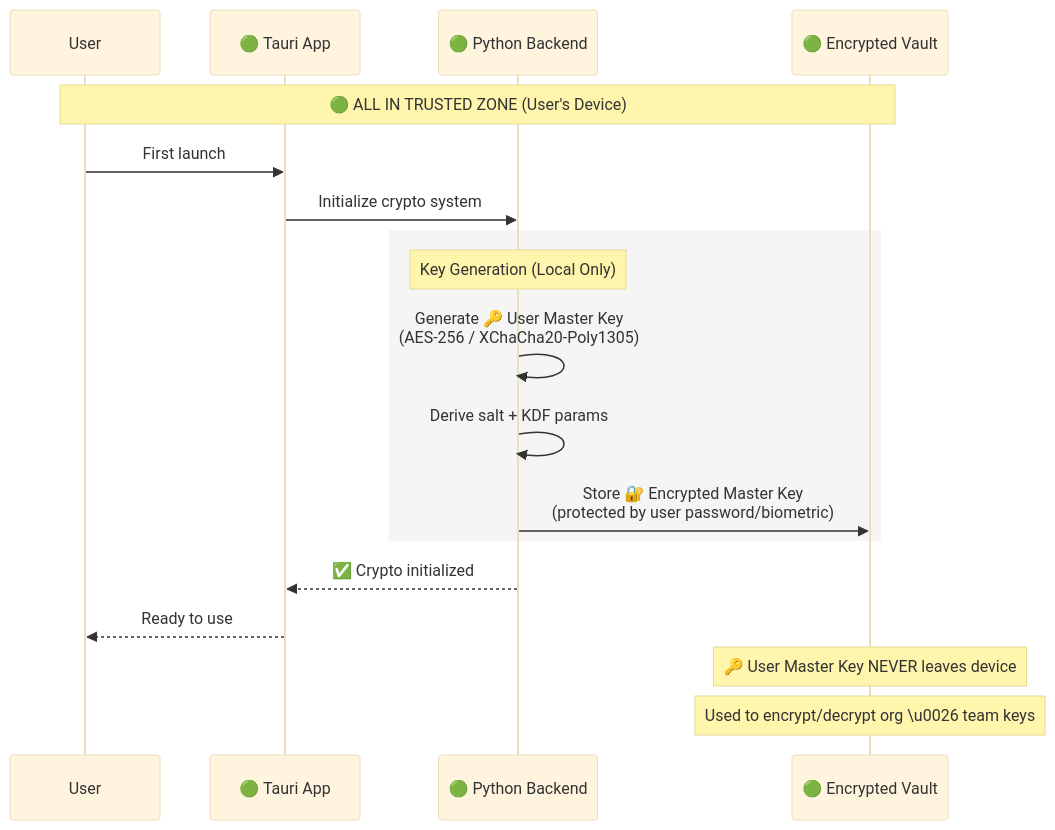
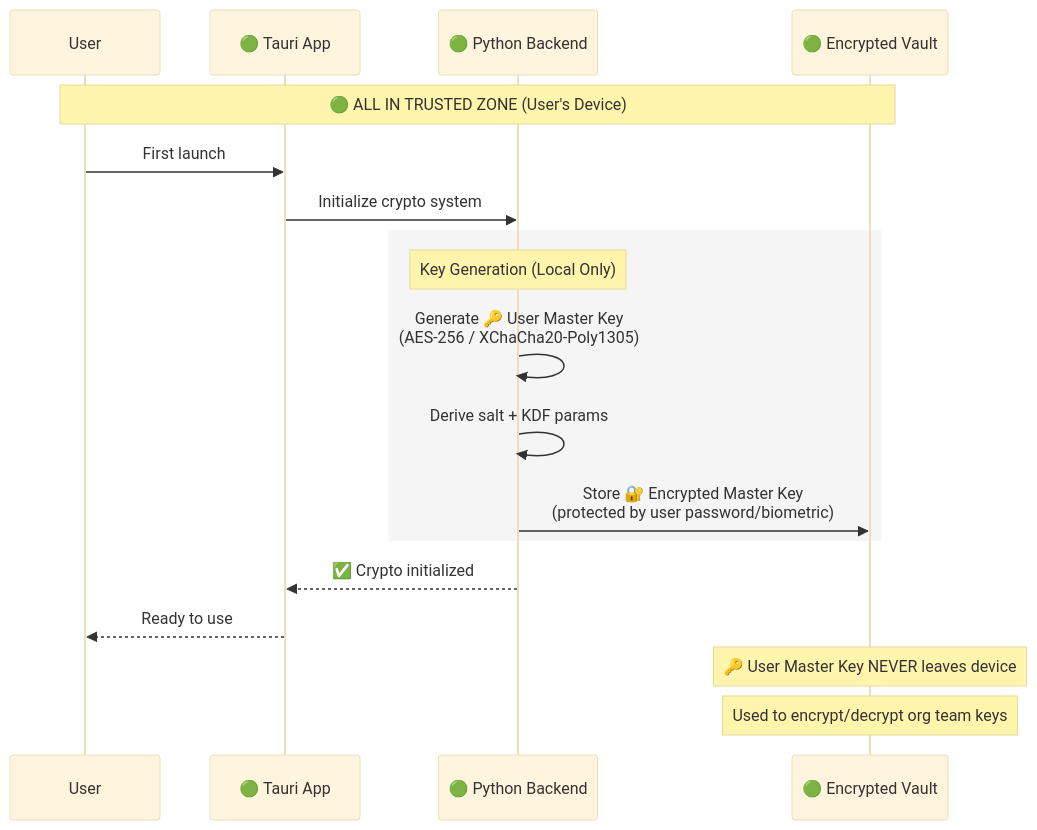
One commit to getagencyapp/docs changed the second of 11 diagrams in 07a. Security Flow Diagrams.md. Above: the diagram before and after it, drawn with Mermaid (base theme). The commit also changed other lines of this file, not shown here.

Commit message:
Update security flow diagrams for clarity and consistency

````diff
--- a/07a. Security Flow Diagrams.md
+++ b/07a. Security Flow Diagrams.md
@@ -55,25 +55,25 @@
 ```mermaid
 sequenceDiagram
     participant User
     participant TauriApp as 🟢 Tauri App
     participant PyBackend as 🟢 Python Backend
     participant LocalVault as 🟢 Encrypted Vault
 
     Note over User,LocalVault: 🟢 ALL IN TRUSTED ZONE (User's Device)
     
     User->>TauriApp: First launch
     TauriApp->>PyBackend: Initialize crypto system
     
     rect rgb(245, 245, 245)
         Note over PyBackend: Key Generation (Local Only)
         PyBackend->>PyBackend: Generate 🔑 User Master Key<br/>(AES-256 / XChaCha20-Poly1305)
         PyBackend->>PyBackend: Derive salt + KDF params
         PyBackend->>LocalVault: Store 🔐 Encrypted Master Key<br/>(protected by user password/biometric)
     end
     
     PyBackend-->>TauriApp: ✅ Crypto initialized
     TauriApp-->>User: Ready to use
     
     Note over LocalVault: 🔑 User Master Key NEVER leaves device
-    Note over LocalVault: Used to encrypt/decrypt org \u0026 team keys
+    Note over LocalVault: Used to encrypt/decrypt org team keys
 ```
````
